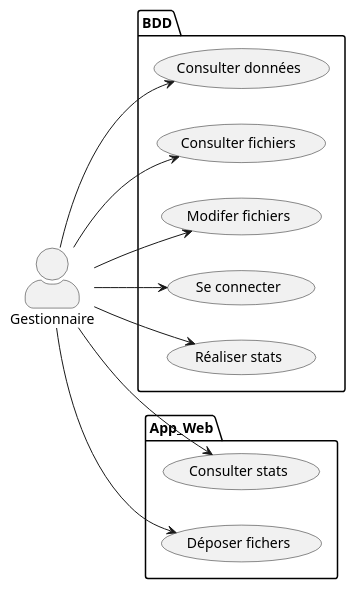
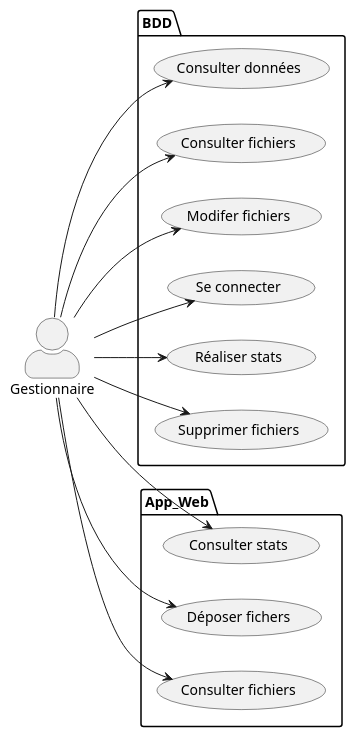
The diagram in Analyse.adoc (Nenuphare/Kot-Line-Intranet), drawn with PlantUML before and after one commit.

Commit message:
use case update

```diff
--- a/Analyse.adoc
+++ b/Analyse.adoc
@@ -49,34 +49,38 @@
 [plantuml]
 ----
 
 @startuml
 
 left to right direction
 skinparam actorStyle awesome
 :Gestionnaire: as MyG
 
 package BDD {
 (Consulter données) as UC1
 (Consulter fichiers) as UC4
 (Modifer fichiers) as UC5
 (Se connecter) as UC6
 (Réaliser stats) as UC7
+(Supprimer fichiers) as UC9
 }
 
 package App_Web {
 (Consulter stats) as UC2
 (Déposer fichers) as UC3
+(Consulter fichiers) as UC8
 }
 
 MyG --> UC1
 MyG --> UC2
 MyG --> UC3
 MyG --> UC4
 MyG --> UC5
 MyG --> UC6
 MyG --> UC7
+MyG --> UC8
+MyG --> UC9
 
 
 
 @enduml
 ----
```
